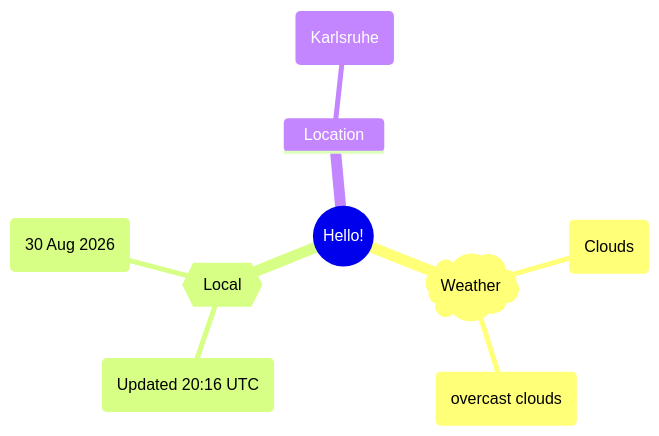
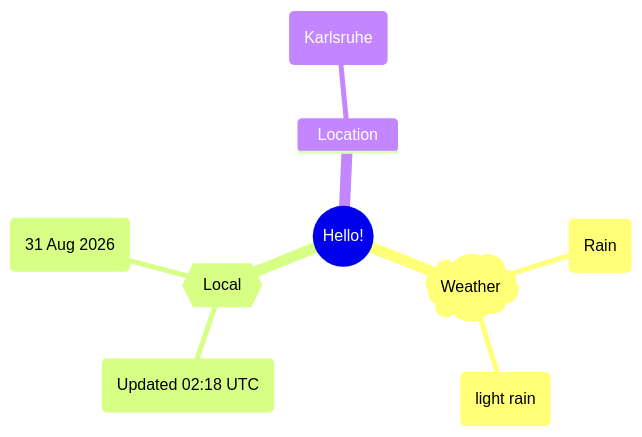
Before and after one commit to Xosrov/Xosrov: the first of 2 diagrams in README.md, drawn with Mermaid.

Commit message:
[bot] updated images

````diff
--- a/README.md
+++ b/README.md
@@ -3,12 +3,12 @@
 ```mermaid
 mindmap
   root((Hello!))
     )Weather(
-        (Clouds)
-        (overcast clouds)
+        (Rain)
+        (light rain)
     {{Local}}
-        (Updated 20:16 UTC)
-        (30 Aug 2026)
+        (Updated 02:18 UTC)
+        (31 Aug 2026)
     Location
         (Karlsruhe)
 ```
````
